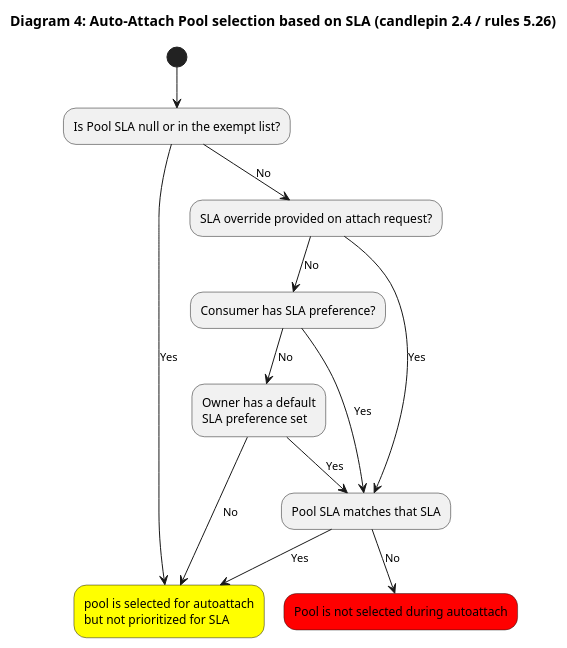
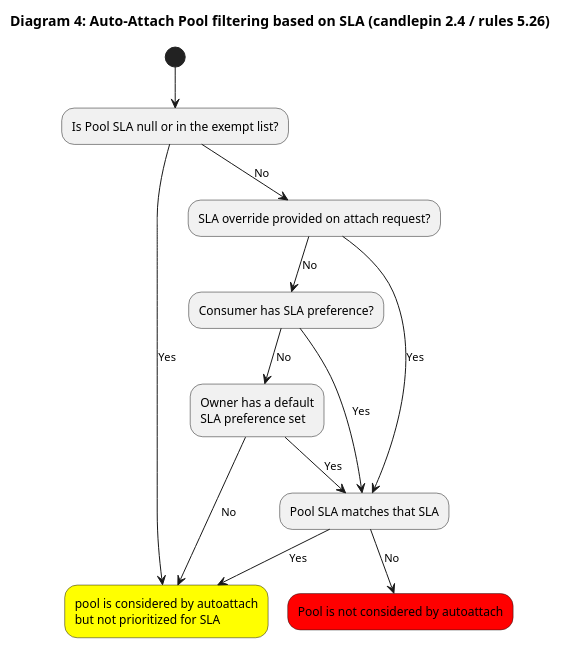
Before and after one commit to candlepin/candlepin.github.io: the fourth of 5 diagrams in docs/candlepin/autoattach.md, drawn with PlantUML. The commit also changed other lines of this file, not shown here.

First line of the commit message:
Update Autoattach page regarding syspurpose; ENT-1220

```diff
--- a/docs/candlepin/autoattach.md
+++ b/docs/candlepin/autoattach.md
@@ -139,22 +141,22 @@
 {% plantuml %}
 
-title Diagram 4: Auto-Attach Pool selection based on SLA (candlepin 2.4 / rules 5.26)
+title Diagram 4: Auto-Attach Pool filtering based on SLA (candlepin 2.4 / rules 5.26)
 
 (*) --> "Is Pool SLA null or in the exempt list?" as is_pool_sla_null_or_exempt
 
-is_pool_sla_null_or_exempt --> [Yes] "pool is selected for autoattach\nbut not prioritized for SLA" as selected_non_prioritized #yellow
+is_pool_sla_null_or_exempt --> [Yes] "pool is considered by autoattach\nbut not prioritized for SLA" as considered_non_prioritized #yellow
 is_pool_sla_null_or_exempt --> [No] "SLA override provided on attach request?" as is_sla_override_provided
 
 is_sla_override_provided --> [Yes] "Pool SLA matches that SLA" as pool_matches_sla
 is_sla_override_provided --> [No] "Consumer has SLA preference?" as consumer_has_sla_preference
 
-pool_matches_sla --> [Yes] selected_non_prioritized
-pool_matches_sla --> [No] "Pool is not selected during autoattach" as pool_is_not_selected #red
+pool_matches_sla --> [Yes] considered_non_prioritized
+pool_matches_sla --> [No] "Pool is not considered by autoattach" as pool_is_not_considered #red
 
 consumer_has_sla_preference --> [Yes] pool_matches_sla
 consumer_has_sla_preference --> [No] "Owner has a default\nSLA preference set" as owner_has_default_sla
 
 owner_has_default_sla --> [Yes] pool_matches_sla
-owner_has_default_sla --> [No] selected_non_prioritized
+owner_has_default_sla --> [No] considered_non_prioritized
 
 {% endplantuml %}
```
